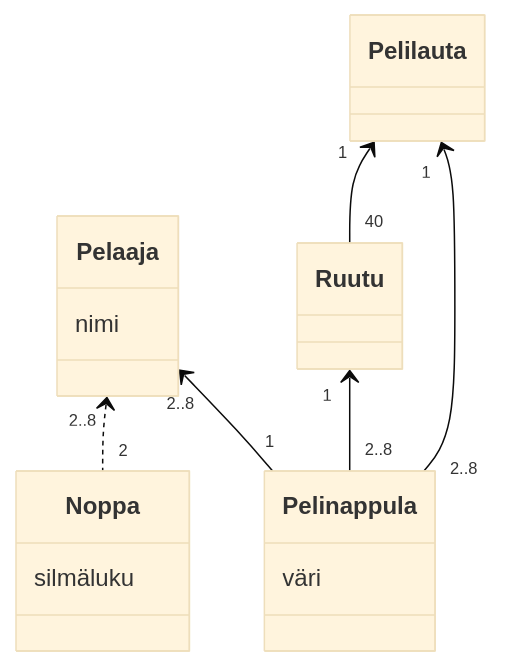
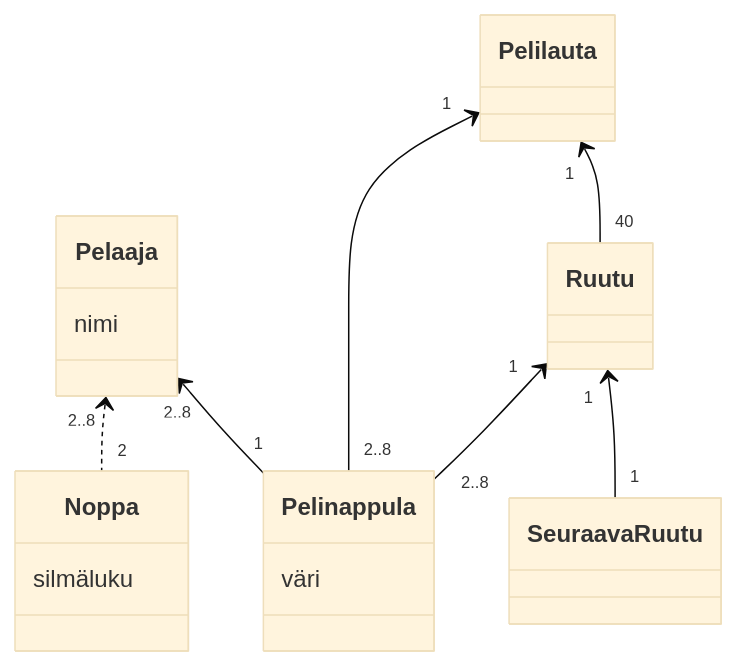
The diagram in laskarit/viikko3/monopoli.md (EficodeRjpalt/ot-harjoitustyo), drawn with Mermaid (base theme) before and after one commit. The commit also changed other lines of this file, not shown here.

````diff
--- a/laskarit/viikko3/monopoli.md
+++ b/laskarit/viikko3/monopoli.md
@@ -9,23 +14,27 @@
 ```mermaid
  classDiagram
 	  	 Pelaaja "2..8" <.. "2" Noppa
 		  Pelilauta "1" <-- "40" Ruutu
 		  Pelaaja "2..8" <-- "1" Pelinappula
 		  Pelilauta "1" <-- "2..8" Pelinappula
 		  Ruutu "1" <-- "2..8" Pelinappula
+		  Ruutu "1" <-- "1" SeuraavaRuutu
       class Noppa {
           silmäluku
       }
       class Pelaaja {
 	  	   nimi
       }
 	    class Pelilauta{
 		      
 		  }
 		  class Ruutu{
 		    
 		  }
 		  class Pelinappula{
 		    väri
 		  }
+		  class SeuraavaRuutu{
+		  
+		  }
 ```
````
